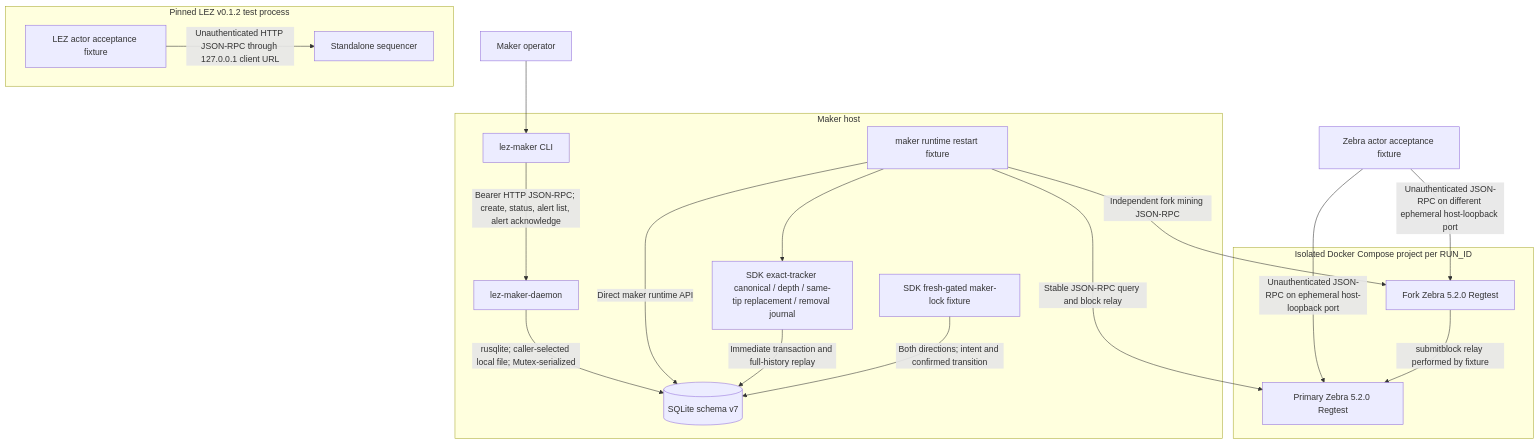
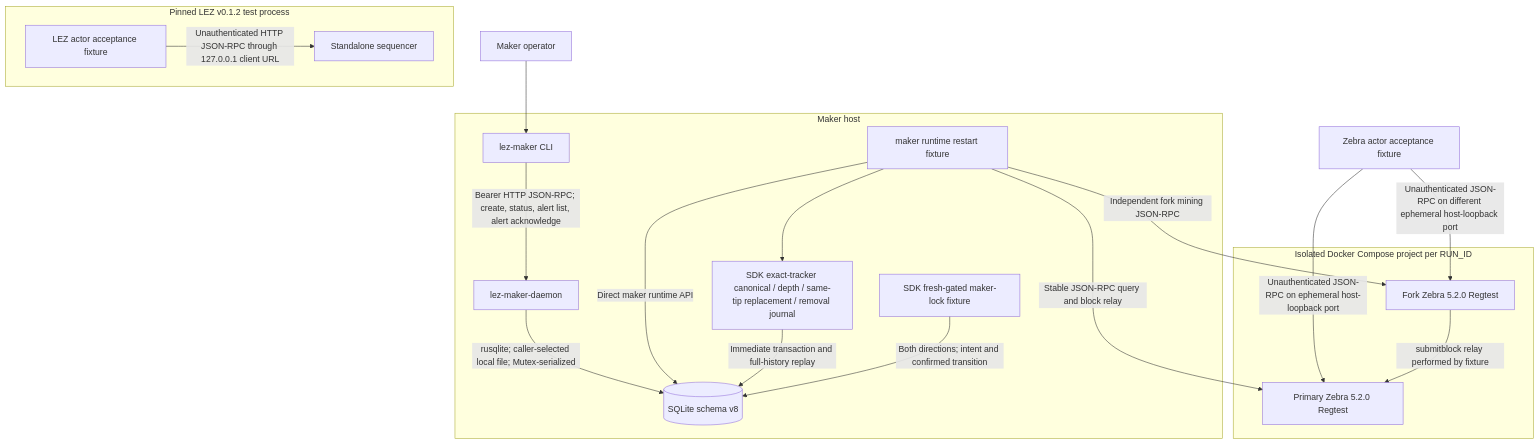
Before and after one commit to gateway-fm/lez-atomic-swaps: the first of 4 diagrams in docs/architecture/deployment-components-and-rpcs.md, drawn with Mermaid. The commit also changed other lines of this file and 11 other files, not shown here.

````diff
--- a/docs/architecture/deployment-components-and-rpcs.md
+++ b/docs/architecture/deployment-components-and-rpcs.md
@@ -13,39 +13,39 @@
 ```mermaid
 flowchart TB
     Operator["Maker operator"]
 
     subgraph MakerHost["Maker host"]
         CLI["lez-maker CLI"]
         Daemon["lez-maker-daemon"]
-        Store[("SQLite schema v7")]
+        Store[("SQLite schema v8")]
         RuntimeTest["maker runtime restart fixture"]
         SdkJournal["SDK exact-tracker canonical / depth / same-tip replacement / removal journal"]
         SdkMaker["SDK fresh-gated maker-lock fixture"]
     end
 
     subgraph ZebraProject["Isolated Docker Compose project per RUN_ID"]
         ZebraPrimary["Primary Zebra 5.2.0 Regtest"]
         ZebraFork["Fork Zebra 5.2.0 Regtest"]
     end
 
     ZebraTest["Zebra actor acceptance fixture"]
 
     subgraph LezProcess["Pinned LEZ v0.1.2 test process"]
         LezTest["LEZ actor acceptance fixture"]
         LezNode["Standalone sequencer"]
     end
 
     Operator --> CLI
     CLI -->|"Bearer HTTP JSON-RPC; create, status, alert list, alert acknowledge"| Daemon
     Daemon -->|"rusqlite; caller-selected local file; Mutex-serialized"| Store
     RuntimeTest -->|"Direct maker runtime API"| Store
     RuntimeTest --> SdkJournal
     SdkJournal -->|"Immediate transaction and full-history replay"| Store
     SdkMaker -->|"Both directions; intent and confirmed transition"| Store
     RuntimeTest -->|"Stable JSON-RPC query and block relay"| ZebraPrimary
     RuntimeTest -->|"Independent fork mining JSON-RPC"| ZebraFork
     ZebraTest -->|"Unauthenticated JSON-RPC on ephemeral host-loopback port"| ZebraPrimary
     ZebraTest -->|"Unauthenticated JSON-RPC on different ephemeral host-loopback port"| ZebraFork
     ZebraFork -->|"submitblock relay performed by fixture"| ZebraPrimary
     LezTest -->|"Unauthenticated HTTP JSON-RPC through 127.0.0.1 client URL"| LezNode
 ```
````
